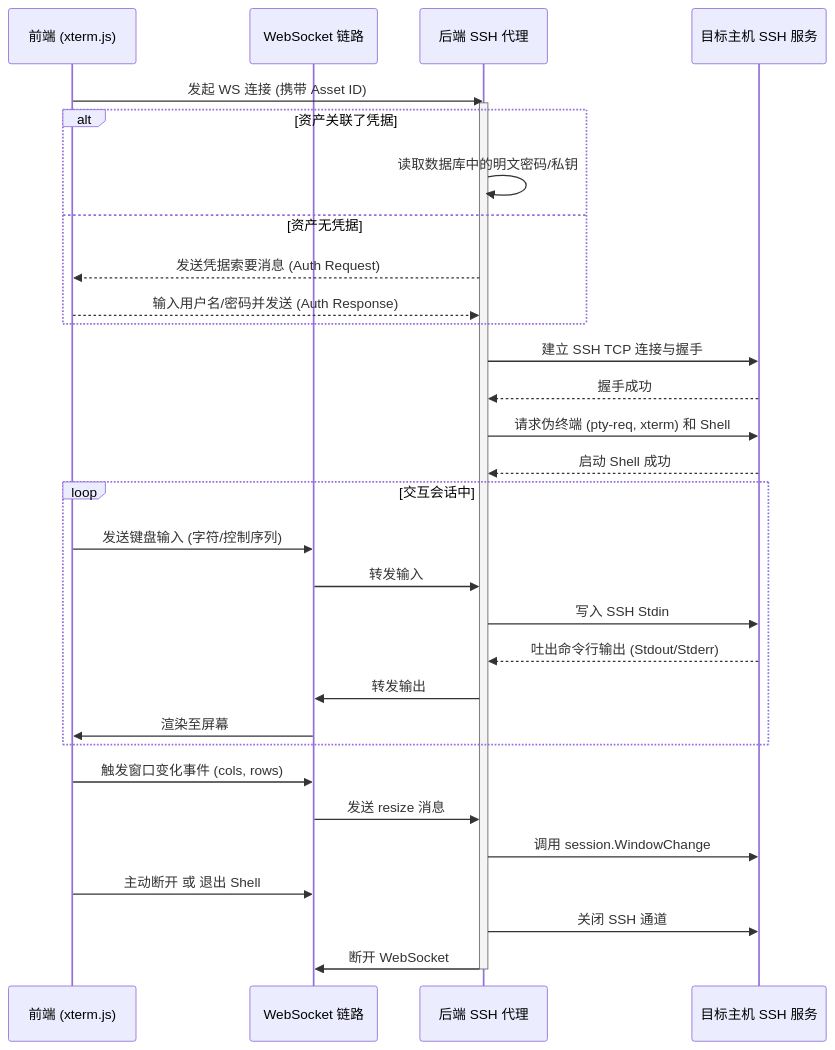
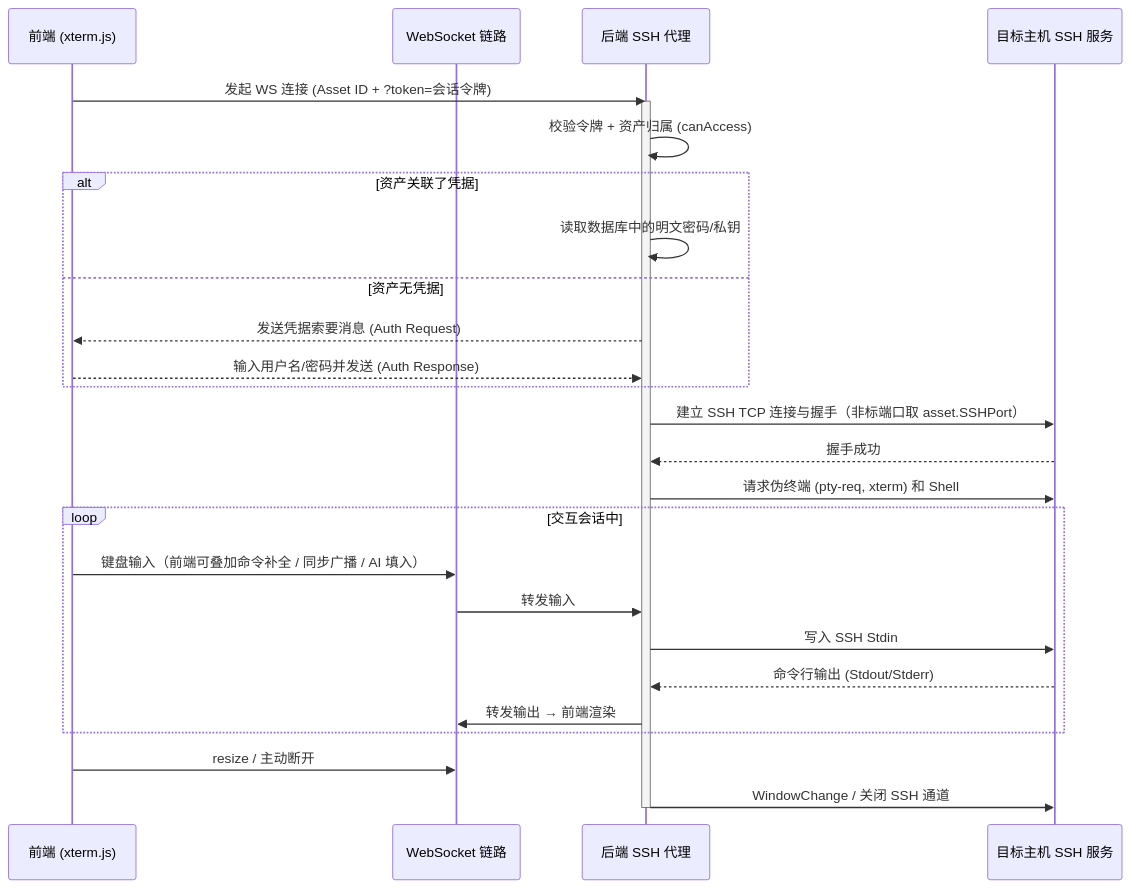
The third of 4 diagrams in docs/architecture.md (xumjbn/meridian), drawn with Mermaid before and after one commit. The commit also changed other lines of this file and 4 other files, not shown here.

````diff
--- a/docs/architecture.md
+++ b/docs/architecture.md
@@ -93,40 +101,34 @@
 ```mermaid
 sequenceDiagram
     participant Web as 前端 (xterm.js)
     participant WS as WebSocket 链路
     participant App as 后端 SSH 代理
     participant Host as 目标主机 SSH 服务
-    
-    Web->>App: 发起 WS 连接 (携带 Asset ID)
+
+    Web->>App: 发起 WS 连接 (Asset ID + ?token=会话令牌)
     activate App
-    
+    App->>App: 校验令牌 + 资产归属 (canAccess)
+
     alt 资产关联了凭据
         App->>App: 读取数据库中的明文密码/私钥
     else 资产无凭据
         App-->>Web: 发送凭据索要消息 (Auth Request)
         Web-->>App: 输入用户名/密码并发送 (Auth Response)
     end
-    
-    App->>Host: 建立 SSH TCP 连接与握手
+
+    App->>Host: 建立 SSH TCP 连接与握手（非标端口取 asset.SSHPort）
     Host-->>App: 握手成功
     App->>Host: 请求伪终端 (pty-req, xterm) 和 Shell
-    Host-->>App: 启动 Shell 成功
-    
+
     loop 交互会话中
-        Web->>WS: 发送键盘输入 (字符/控制序列)
+        Web->>WS: 键盘输入（前端可叠加命令补全 / 同步广播 / AI 填入）
         WS->>App: 转发输入
         App->>Host: 写入 SSH Stdin
-        Host-->>App: 吐出命令行输出 (Stdout/Stderr)
-        App->>WS: 转发输出
-        WS->>Web: 渲染至屏幕
+        Host-->>App: 命令行输出 (Stdout/Stderr)
+        App->>WS: 转发输出 → 前端渲染
     end
-    
-    Web->>WS: 触发窗口变化事件 (cols, rows)
-    WS->>App: 发送 resize 消息
-    App->>Host: 调用 session.WindowChange
-    
-    Web->>WS: 主动断开 或 退出 Shell
-    App->>Host: 关闭 SSH 通道
-    App->>WS: 断开 WebSocket
+
+    Web->>WS: resize / 主动断开
+    App->>Host: WindowChange / 关闭 SSH 通道
     deactivate App
 ```
````
